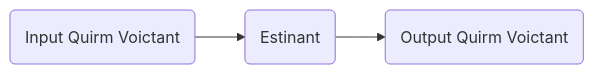
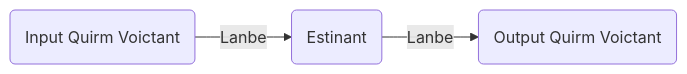
The third of 6 diagrams in packages/open-schema-type-script/README.md (rachidlamouri/testing-platform), drawn with Mermaid before and after one commit. The commit also changed other lines of this file and 4 other files, not shown here.

````diff
--- a/packages/open-schema-type-script/README.md
+++ b/packages/open-schema-type-script/README.md
@@ -88,9 +88,9 @@
 ```mermaid
 flowchart LR
 S1(Input Quirm Voictant)
 S2(Estinant)
 S3(Output Quirm Voictant)
 
-S1 --> S2
-S2 --> S3
+S1 -->|Lanbe| S2
+S2 -->|Lanbe| S3
 ```
````
